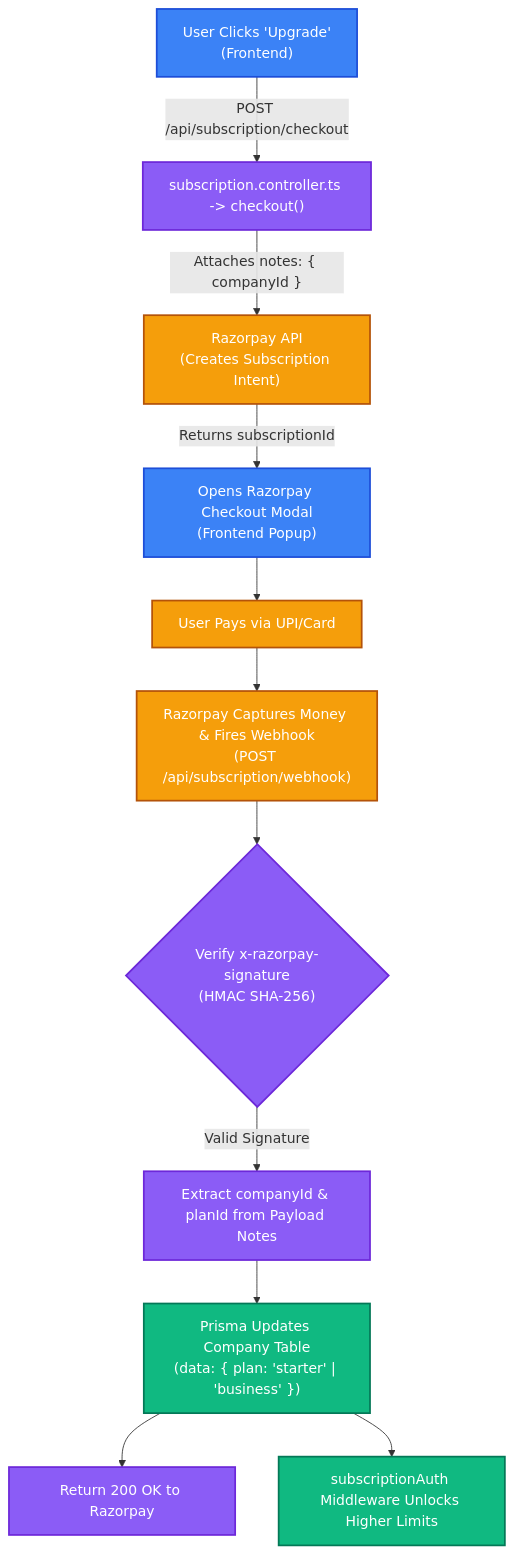
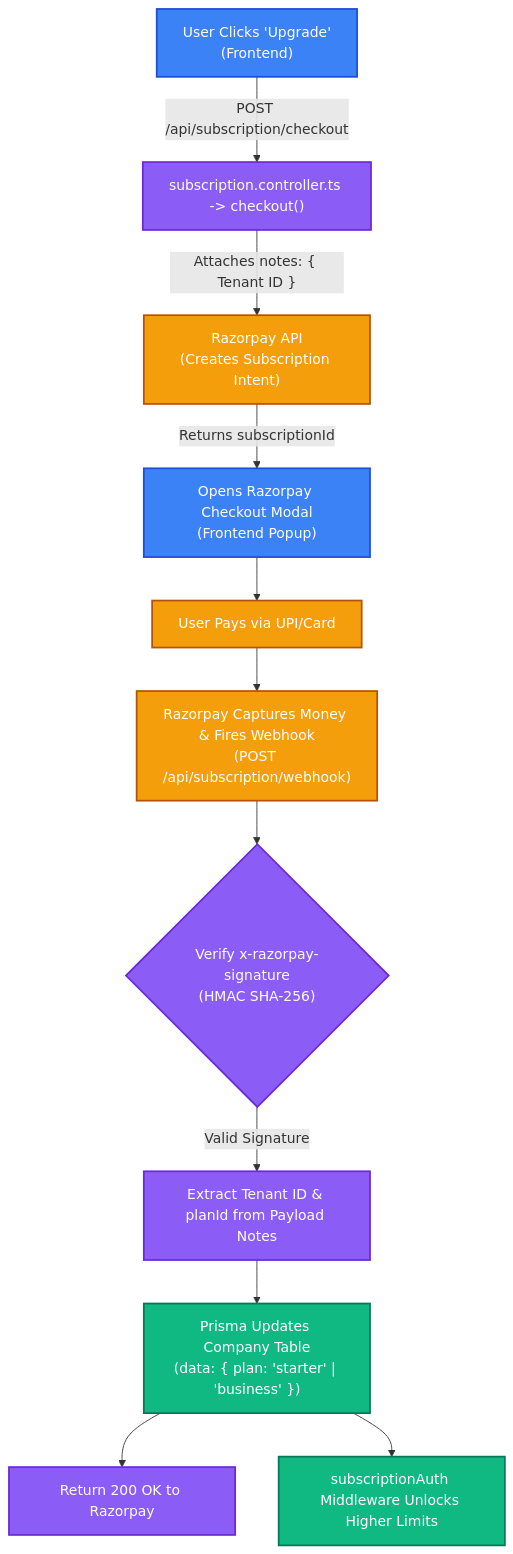
One commit to Trace-2-0/Docs changed the diagram in Backend-Architecture/payment-and-webhooks.md. Above: the diagram before and after it, drawn with Mermaid. The commit also changed other lines of this file and 6 other files, not shown here.

````diff
--- a/Backend-Architecture/payment-and-webhooks.md
+++ b/Backend-Architecture/payment-and-webhooks.md
@@ -7,25 +7,25 @@
 ```mermaid
 flowchart TD
     classDef fe fill:#3b82f6,color:#fff,stroke:#1d4ed8,stroke-width:2px;
     classDef be fill:#8b5cf6,color:#fff,stroke:#6d28d9,stroke-width:2px;
     classDef gateway fill:#f59e0b,color:#fff,stroke:#b45309,stroke-width:2px;
     classDef db fill:#10b981,color:#fff,stroke:#047857,stroke-width:2px;
 
     A["User Clicks 'Upgrade'<br/>(Frontend)"]:::fe
     -->|"POST /api/subscription/checkout"| B["subscription.controller.ts -> checkout()"]:::be
 
-    B -->|"Attaches notes: { companyId }"| C["Razorpay API<br/>(Creates Subscription Intent)"]:::gateway
+    B -->|"Attaches notes: { Tenant ID }"| C["Razorpay API<br/>(Creates Subscription Intent)"]:::gateway
 
     C -->|"Returns subscriptionId"| D["Opens Razorpay Checkout Modal<br/>(Frontend Popup)"]:::fe
 
     D --> E["User Pays via UPI/Card"]:::gateway
     E --> F["Razorpay Captures Money & Fires Webhook<br/>(POST /api/subscription/webhook)"]:::gateway
 
     F --> G{"Verify x-razorpay-signature<br/>(HMAC SHA-256)"}:::be
 
-    G -- "Valid Signature" --> H["Extract companyId & planId from Payload Notes"]:::be
+    G -- "Valid Signature" --> H["Extract Tenant ID & planId from Payload Notes"]:::be
 
     H --> I["Prisma Updates Company Table<br/>(data: { plan: 'starter' | 'business' })"]:::db
     I --> J["Return 200 OK to Razorpay"]:::be
     I --> K["subscriptionAuth Middleware Unlocks Higher Limits"]:::db
 ```
````
